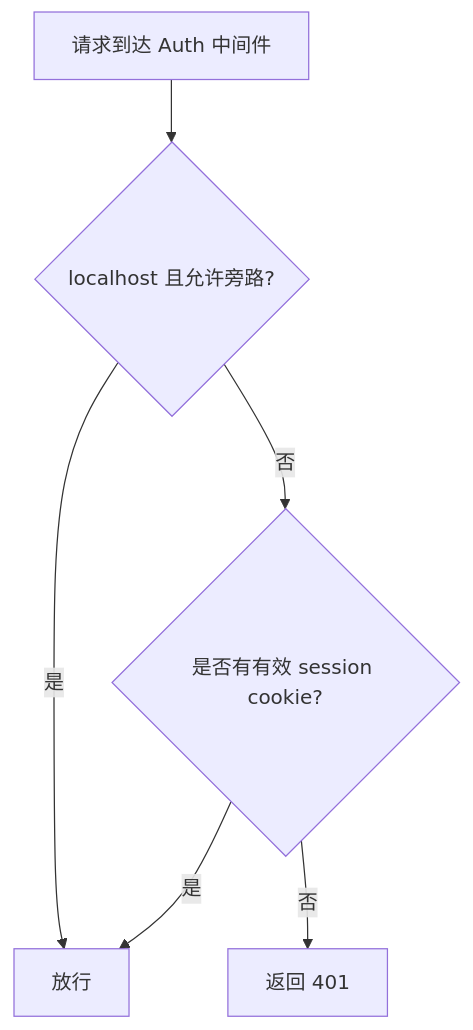
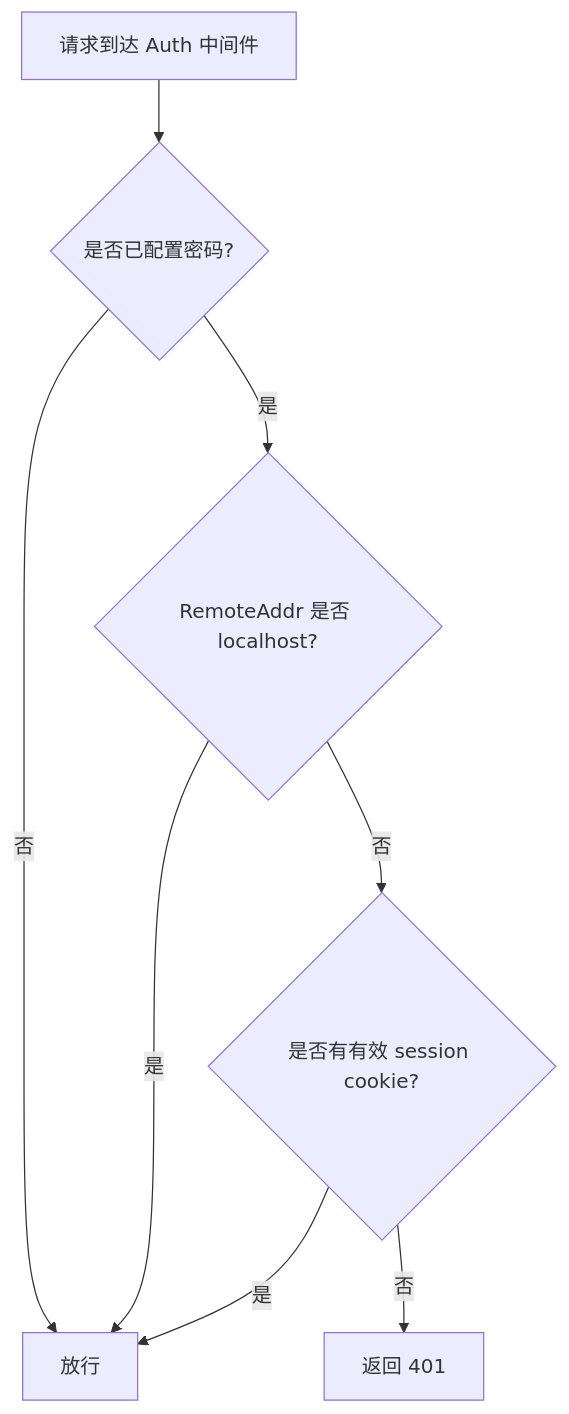
Before and after one commit to clawbench-dev/clawbench: the second of 2 diagrams in docs/spec/infra/auth-and-middleware.md, drawn with Mermaid. The commit also changed other lines of this file and 22 other files, not shown here.

First line of the commit message:
feat(auth): localhost 免密永久生效，移除 localhost_auth_exempt 配置

````diff
--- a/docs/spec/infra/auth-and-middleware.md
+++ b/docs/spec/infra/auth-and-middleware.md
@@ -24,8 +24,10 @@
 ```mermaid
 flowchart TD
-    A[请求到达 Auth 中间件] --> B{localhost 且允许旁路?}
-    B -->|是| C[放行]
-    B -->|否| D{是否有有效 session cookie?}
+    A[请求到达 Auth 中间件] --> B{是否已配置密码?}
+    B -->|否| C[放行]
+    B -->|是| D{RemoteAddr 是否 localhost?}
     D -->|是| C
-    D -->|否| E[返回 401]
+    D -->|否| E{是否有有效 session cookie?}
+    E -->|是| C
+    E -->|否| F[返回 401]
 ```
````
